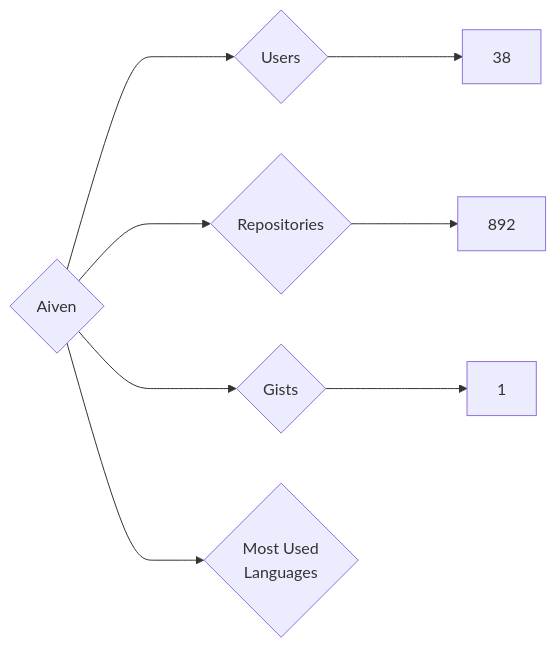
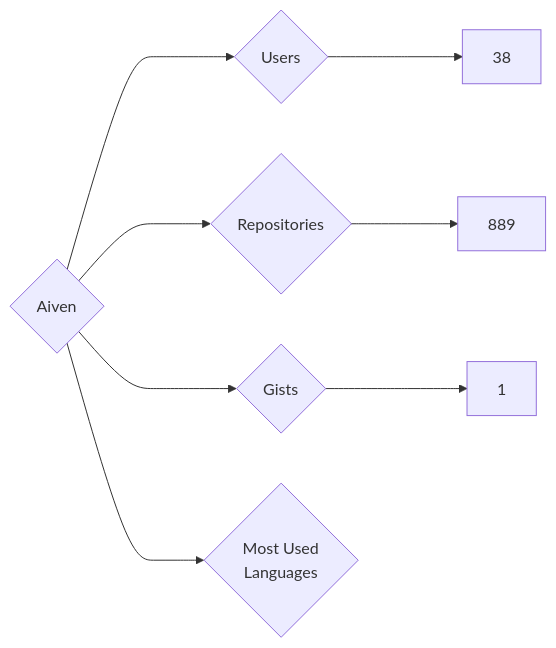
One commit to nenadzaric/insiders changed the diagram in targets/Aiven/README.md. Above: the diagram before and after it, drawn with Mermaid. The commit also changed 21 other files, not shown here.

````diff
--- a/targets/Aiven/README.md
+++ b/targets/Aiven/README.md
@@ -3,8 +3,8 @@
 ```mermaid
 graph LR
 COMPANY_NAME{Aiven}
 COMPANY_NAME ---> U{Users} ---> UN[38]
-COMPANY_NAME ---> R{Repositories} ---> RN[892]
+COMPANY_NAME ---> R{Repositories} ---> RN[889]
 COMPANY_NAME ---> G{Gists} ---> GN[1]
 COMPANY_NAME ---> ML{Most Used<br>Languages}
 ```
````
